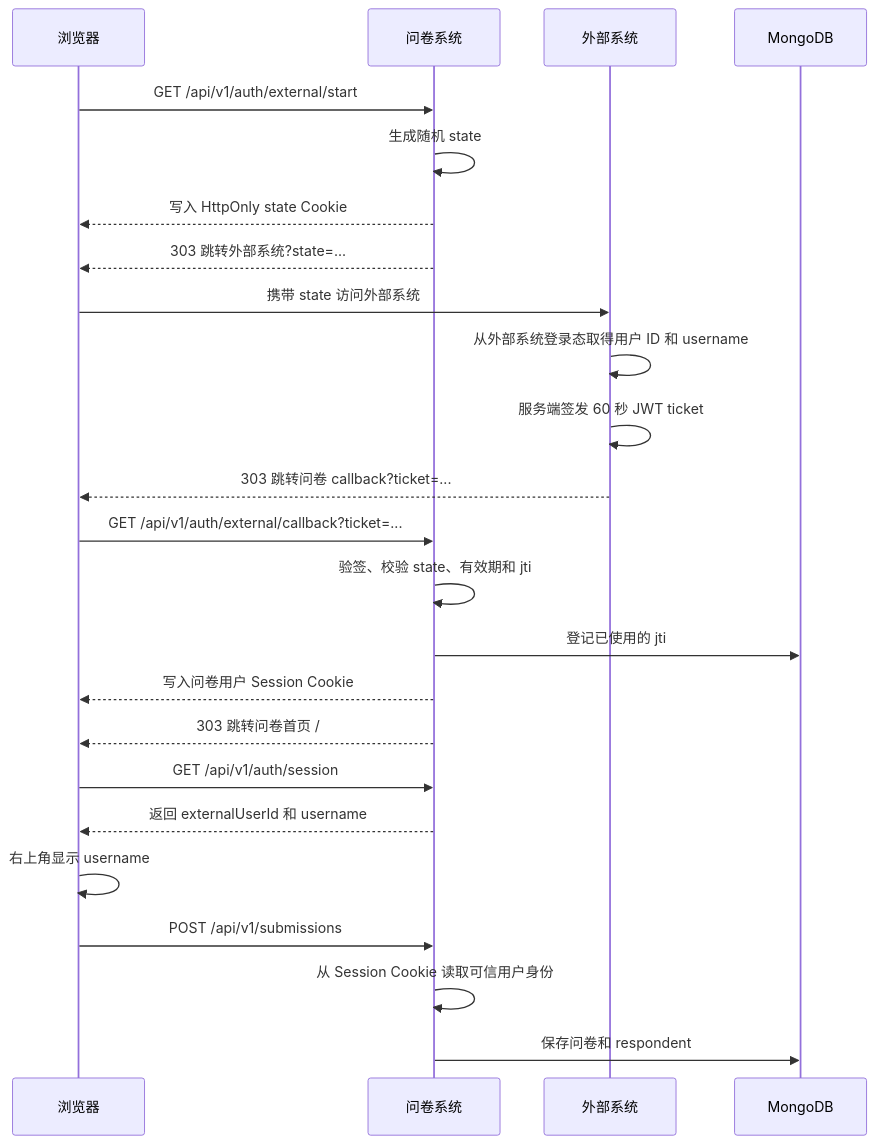
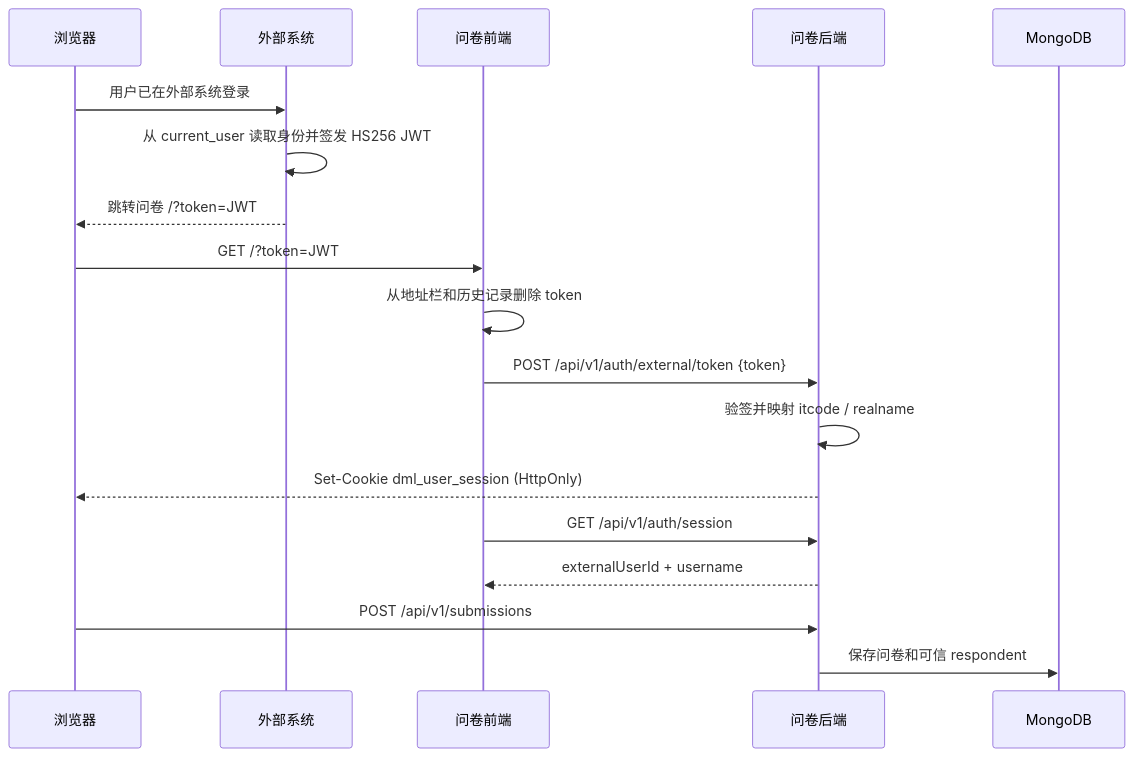
Before and after one commit to hankerbiao/Questionnaire-collection-system: the diagram in docs/外部系统跳转接入说明.md, drawn with Mermaid. The commit also changed other lines of this file and 12 other files, not shown here.

````diff
--- a/docs/外部系统跳转接入说明.md
+++ b/docs/外部系统跳转接入说明.md
@@ -38,27 +34,21 @@
 ```mermaid
 sequenceDiagram
     participant B as 浏览器
-    participant Q as 问卷系统
     participant E as 外部系统
+    participant F as 问卷前端
+    participant Q as 问卷后端
     participant M as MongoDB
 
-    B->>Q: GET /api/v1/auth/external/start
-    Q->>Q: 生成随机 state
-    Q-->>B: 写入 HttpOnly state Cookie
-    Q-->>B: 303 跳转外部系统?state=...
-    B->>E: 携带 state 访问外部系统
-    E->>E: 从外部系统登录态取得用户 ID 和 username
-    E->>E: 服务端签发 60 秒 JWT ticket
-    E-->>B: 303 跳转问卷 callback?ticket=...
-    B->>Q: GET /api/v1/auth/external/callback?ticket=...
-    Q->>Q: 验签、校验 state、有效期和 jti
-    Q->>M: 登记已使用的 jti
-    Q-->>B: 写入问卷用户 Session Cookie
-    Q-->>B: 303 跳转问卷首页 /
-    B->>Q: GET /api/v1/auth/session
-    Q-->>B: 返回 externalUserId 和 username
-    B->>B: 右上角显示 username
+    B->>E: 用户已在外部系统登录
+    E->>E: 从 current_user 读取身份并签发 HS256 JWT
+    E-->>B: 跳转问卷 /?token=JWT
+    B->>F: GET /?token=JWT
+    F->>F: 从地址栏和历史记录删除 token
+    F->>Q: POST /api/v1/auth/external/token {token}
+    Q->>Q: 验签并映射 itcode / realname
+    Q-->>B: Set-Cookie dml_user_session (HttpOnly)
+    F->>Q: GET /api/v1/auth/session
+    Q-->>F: externalUserId + username
     B->>Q: POST /api/v1/submissions
-    Q->>Q: 从 Session Cookie 读取可信用户身份
-    Q->>M: 保存问卷和 respondent
+    Q->>M: 保存问卷和可信 respondent
 ```
````
